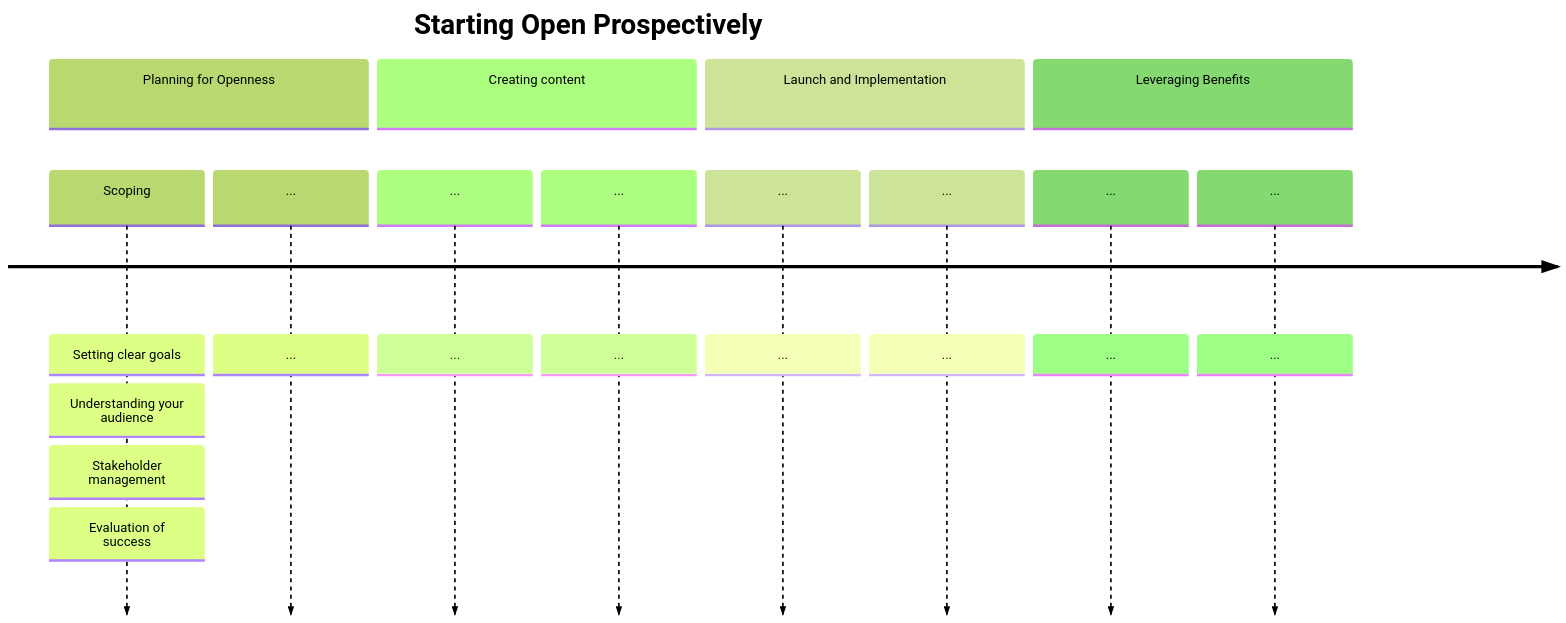
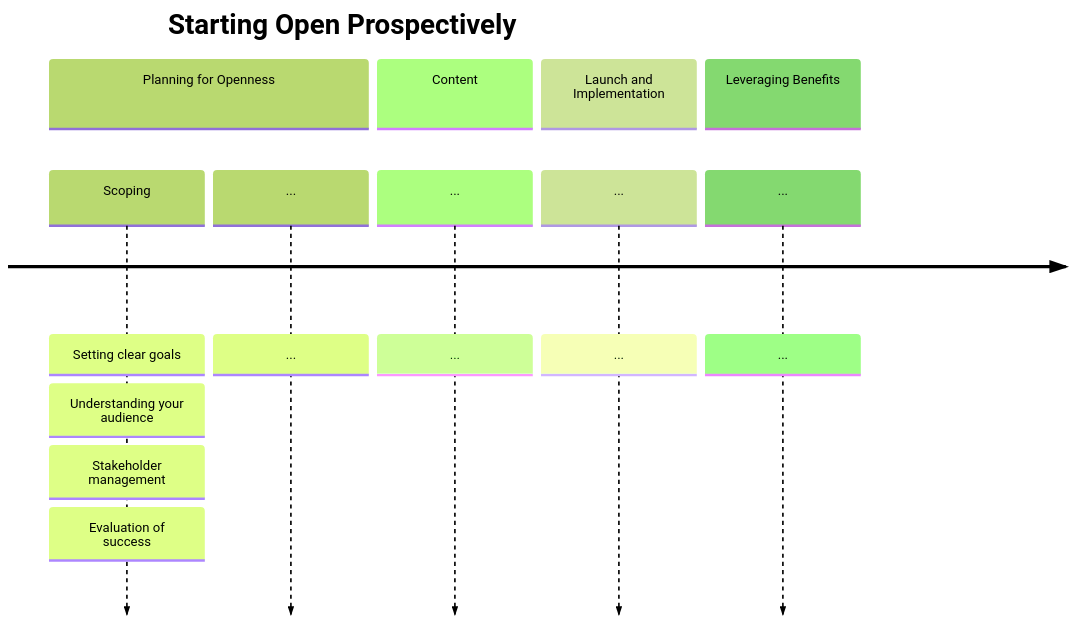
The first of 3 diagrams in where_to_start.qmd (gerkovink/openeducationbook), drawn with Mermaid (forest theme) before and after one commit. The commit also changed other lines of this file and 14 other files, not shown here.

````diff
--- a/where_to_start.qmd
+++ b/where_to_start.qmd
@@ -108,24 +108,21 @@
 ```{mermaid}
 %%| fig-cap: Mapping the actions that need to be taken to create OER prospectively. Here the actions for the scoping phase in the planning stage are added to this map. 
 %%| label: fig-planning_for_openness0
 
 timeline
   title Starting Open Prospectively
   section Planning for Openness
     Scoping : Setting clear goals
            : Understanding your audience
            : Stakeholder management
            : Evaluation of success
     ... : ...
-  section Creating content
-    ... : ...
+  section Content
     ... : ...
   section Launch and Implementation
     ... : ...
-    ... : ...
   section Leveraging Benefits
-    ... : ...
     ... : ...
 
                       
 ```
````
